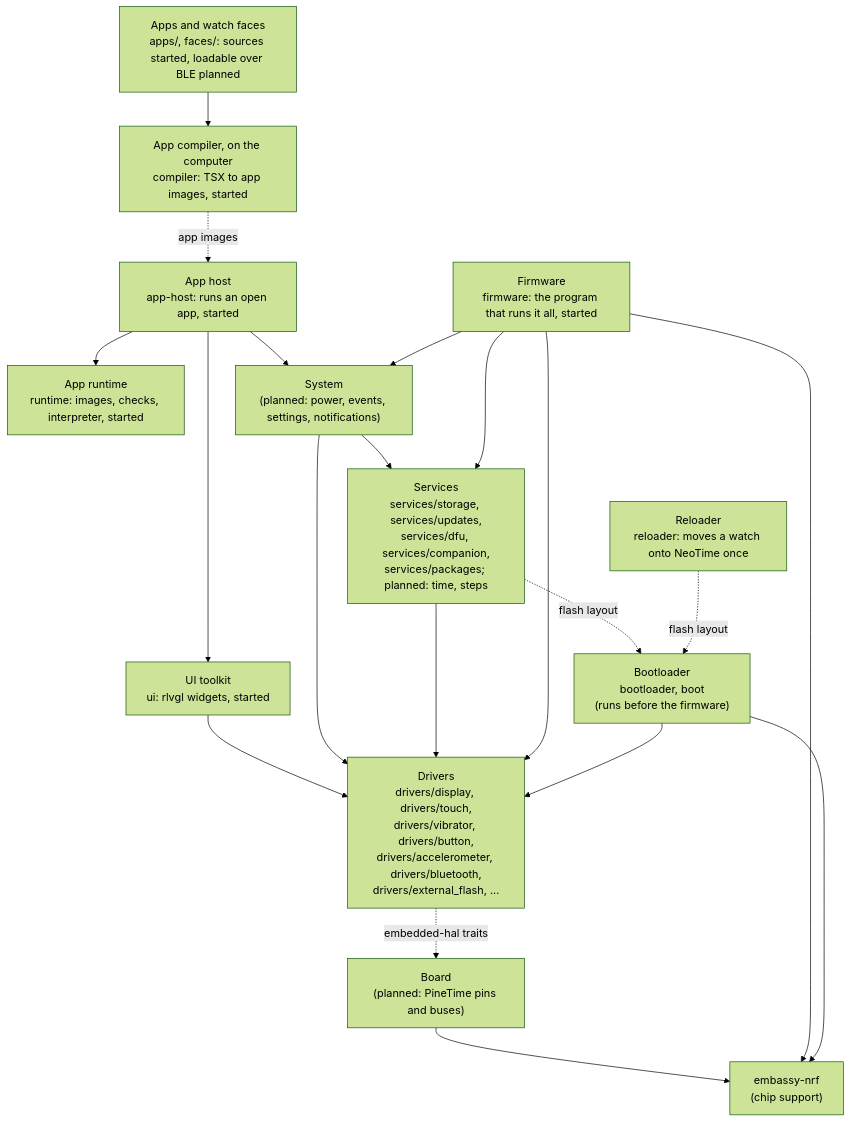
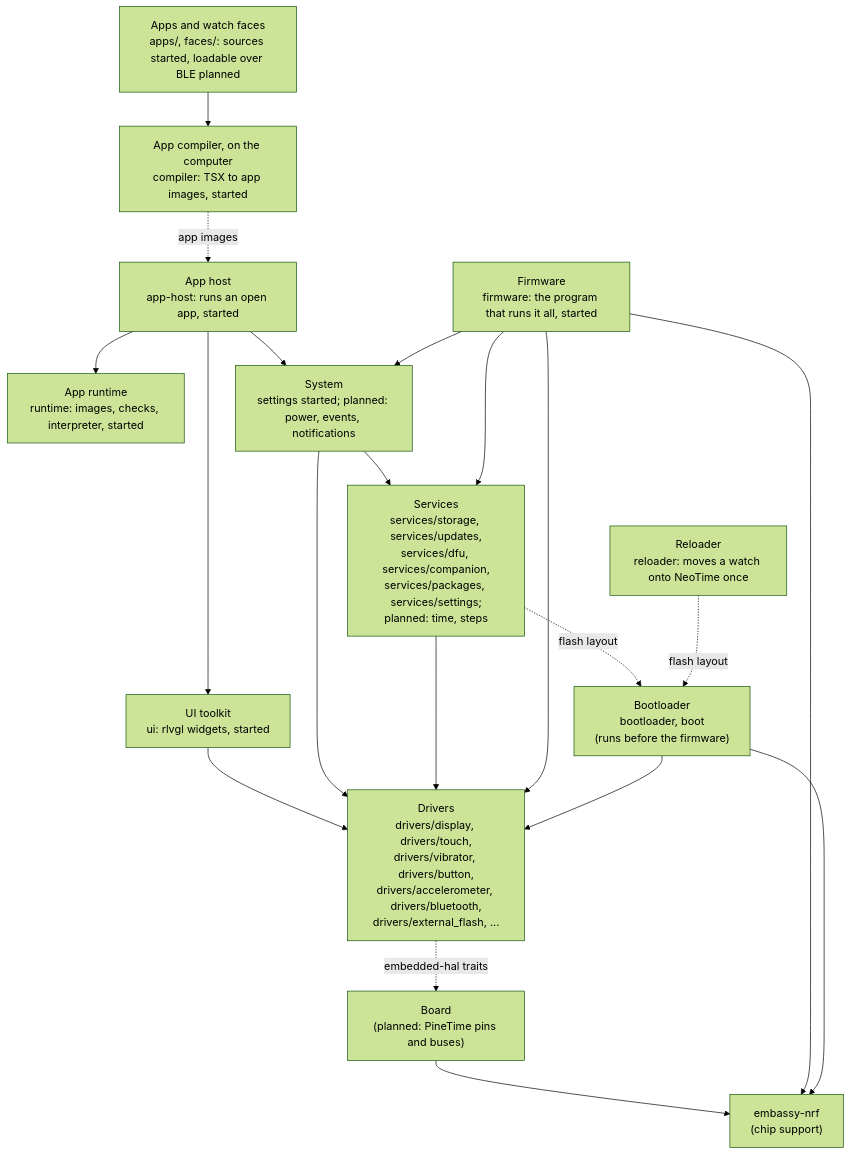
The diagram in docs/architecture.md (BeatLink/BattleTime), drawn with Mermaid (forest theme) before and after one commit. The commit also changed other lines of this file and 36 other files, not shown here.

````diff
--- a/docs/architecture.md
+++ b/docs/architecture.md
@@ -28,38 +28,38 @@
 ```mermaid
 flowchart TB
     apps["Apps and watch faces<br/>apps/, faces/: sources started, loadable over BLE planned"]
     host["App host<br/>app-host: runs an open app, started"]
     compiler["App compiler, on the computer<br/>compiler: TSX to app images, started"]
     runtime["App runtime<br/>runtime: images, checks, interpreter, started"]
     ui["UI toolkit<br/>ui: rlvgl widgets, started"]
-    system["System<br/>(planned: power, events, settings, notifications)"]
-    services["Services<br/>services/storage, services/updates,<br/>services/dfu, services/companion,<br/>services/packages; planned: time, steps"]
+    system["System<br/>settings started; planned: power, events, notifications"]
+    services["Services<br/>services/storage, services/updates,<br/>services/dfu, services/companion,<br/>services/packages, services/settings;<br/>planned: time, steps"]
     drivers["Drivers<br/>drivers/display, drivers/touch,<br/>drivers/vibrator, drivers/button,<br/>drivers/accelerometer, drivers/bluetooth,<br/>drivers/external_flash, ..."]
     board["Board<br/>(planned: PineTime pins and buses)"]
     hal["embassy-nrf<br/>(chip support)"]
 
     apps --> compiler
     compiler -. app images .-> host
     host --> runtime
     host --> ui
     host --> system
     ui --> drivers
     system --> services
     system --> drivers
     services --> drivers
     drivers -. embedded-hal traits .-> board
     board --> hal
 
     firmware["Firmware<br/>firmware: the program that runs it all, started"]
     firmware --> system
     firmware --> services
     firmware --> drivers
     firmware --> hal
 
     bootloader["Bootloader<br/>bootloader, boot<br/>(runs before the firmware)"]
     bootloader --> drivers
     bootloader --> hal
     services -. flash layout .-> bootloader
     reloader["Reloader<br/>reloader: moves a watch onto NeoTime once"]
     reloader -. flash layout .-> bootloader
 ```
````
